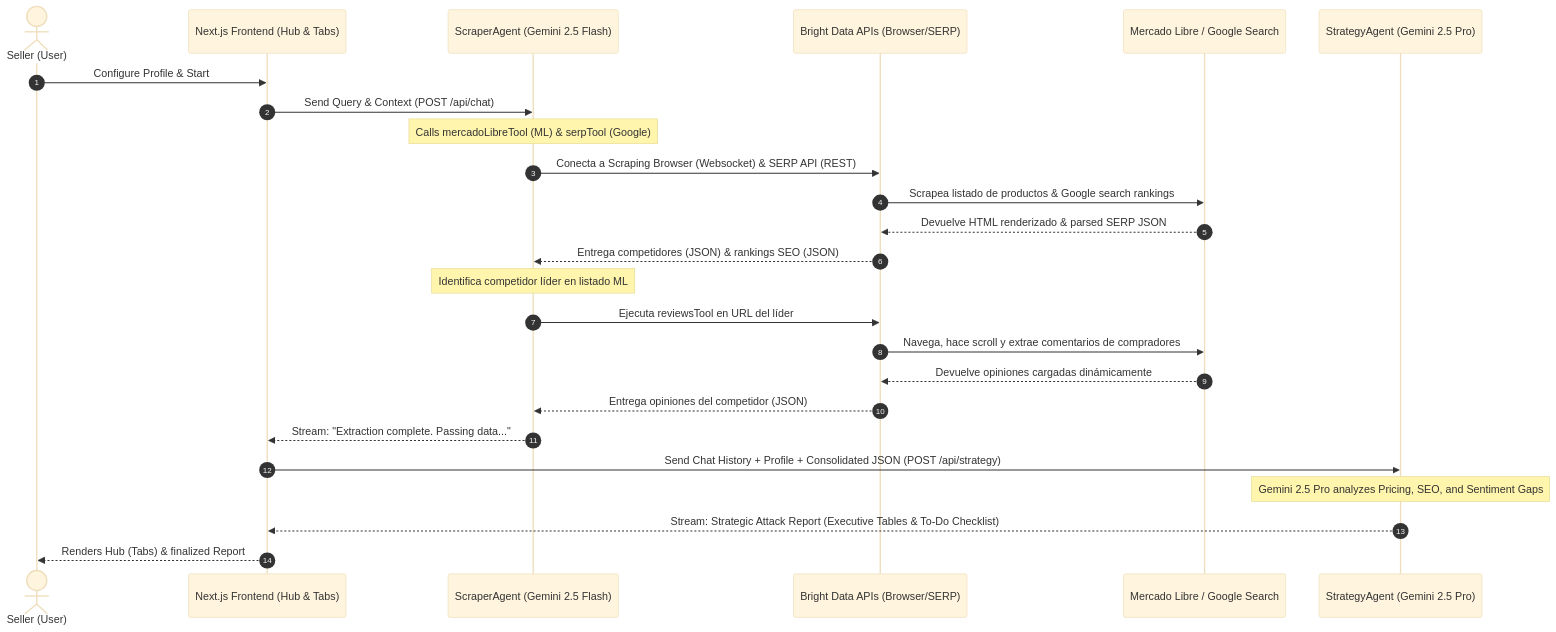
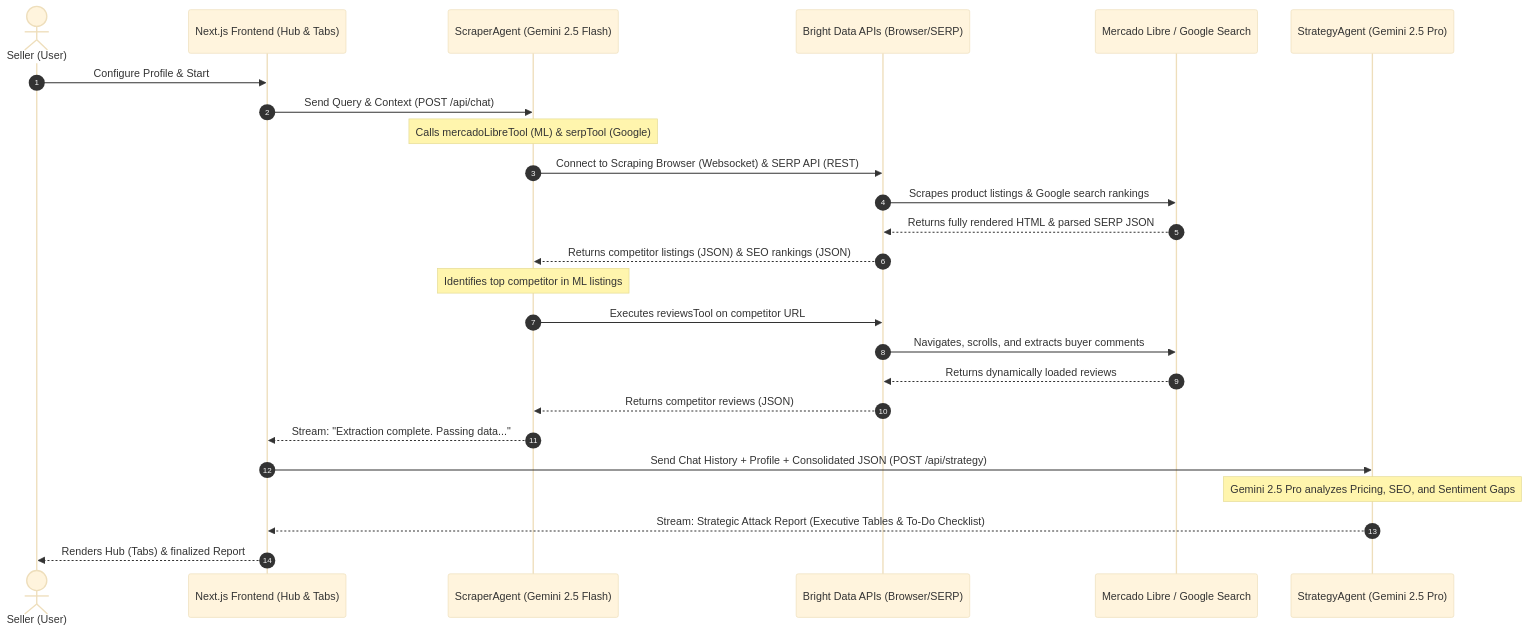
The third of 4 diagrams in README.md (JaDi03/BuyBoxAgent), drawn with Mermaid (base theme) before and after one commit. The commit also changed other lines of this file, not shown here.

Commit message:
fix: resolve mermaid parsing error and translate sequence annotations to english

````diff
--- a/README.md
+++ b/README.md
@@ -89,31 +74,31 @@
   ```mermaid
   sequenceDiagram
       autonumber
       actor Seller as Seller (User)
       participant UI as Next.js Frontend (Hub & Tabs)
       participant A1 as ScraperAgent (Gemini 2.5 Flash)
       participant BD as Bright Data APIs (Browser/SERP)
       participant ML as Mercado Libre / Google Search
       participant A2 as StrategyAgent (Gemini 2.5 Pro)
 
       Seller->>UI: Configure Profile & Start
       UI->>A1: Send Query & Context (POST /api/chat)
       
       Note over A1: Calls mercadoLibreTool (ML) & serpTool (Google)
-      A1->>BD: Conecta a Scraping Browser (Websocket) & SERP API (REST)
-      BD->>ML: Scrapea listado de productos & Google search rankings
-      ML-->>BD: Devuelve HTML renderizado & parsed SERP JSON
-      BD-->>A1: Entrega competidores (JSON) & rankings SEO (JSON)
+      A1->>BD: Connect to Scraping Browser (Websocket) & SERP API (REST)
+      BD->>ML: Scrapes product listings & Google search rankings
+      ML-->>BD: Returns fully rendered HTML & parsed SERP JSON
+      BD-->>A1: Returns competitor listings (JSON) & SEO rankings (JSON)
       
-      Note over A1: Identifica competidor líder en listado ML
-      A1->>BD: Ejecuta reviewsTool en URL del líder
-      BD->>ML: Navega, hace scroll y extrae comentarios de compradores
-      ML-->>BD: Devuelve opiniones cargadas dinámicamente
-      BD-->>A1: Entrega opiniones del competidor (JSON)
+      Note over A1: Identifies top competitor in ML listings
+      A1->>BD: Executes reviewsTool on competitor URL
+      BD->>ML: Navigates, scrolls, and extracts buyer comments
+      ML-->>BD: Returns dynamically loaded reviews
+      BD-->>A1: Returns competitor reviews (JSON)
       
       A1-->>UI: Stream: "Extraction complete. Passing data..."
       UI->>A2: Send Chat History + Profile + Consolidated JSON (POST /api/strategy)
       Note over A2: Gemini 2.5 Pro analyzes Pricing, SEO, and Sentiment Gaps
       A2-->>UI: Stream: Strategic Attack Report (Executive Tables & To-Do Checklist)
       UI-->>Seller: Renders Hub (Tabs) & finalized Report
   ```
````
